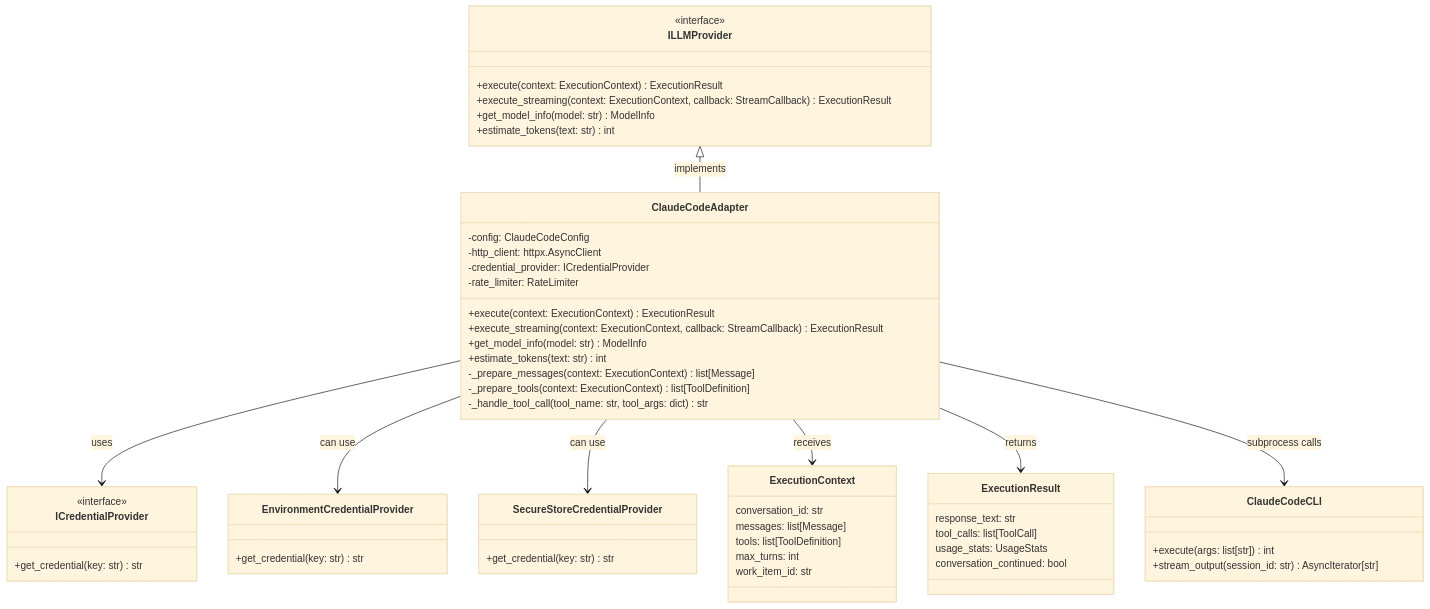
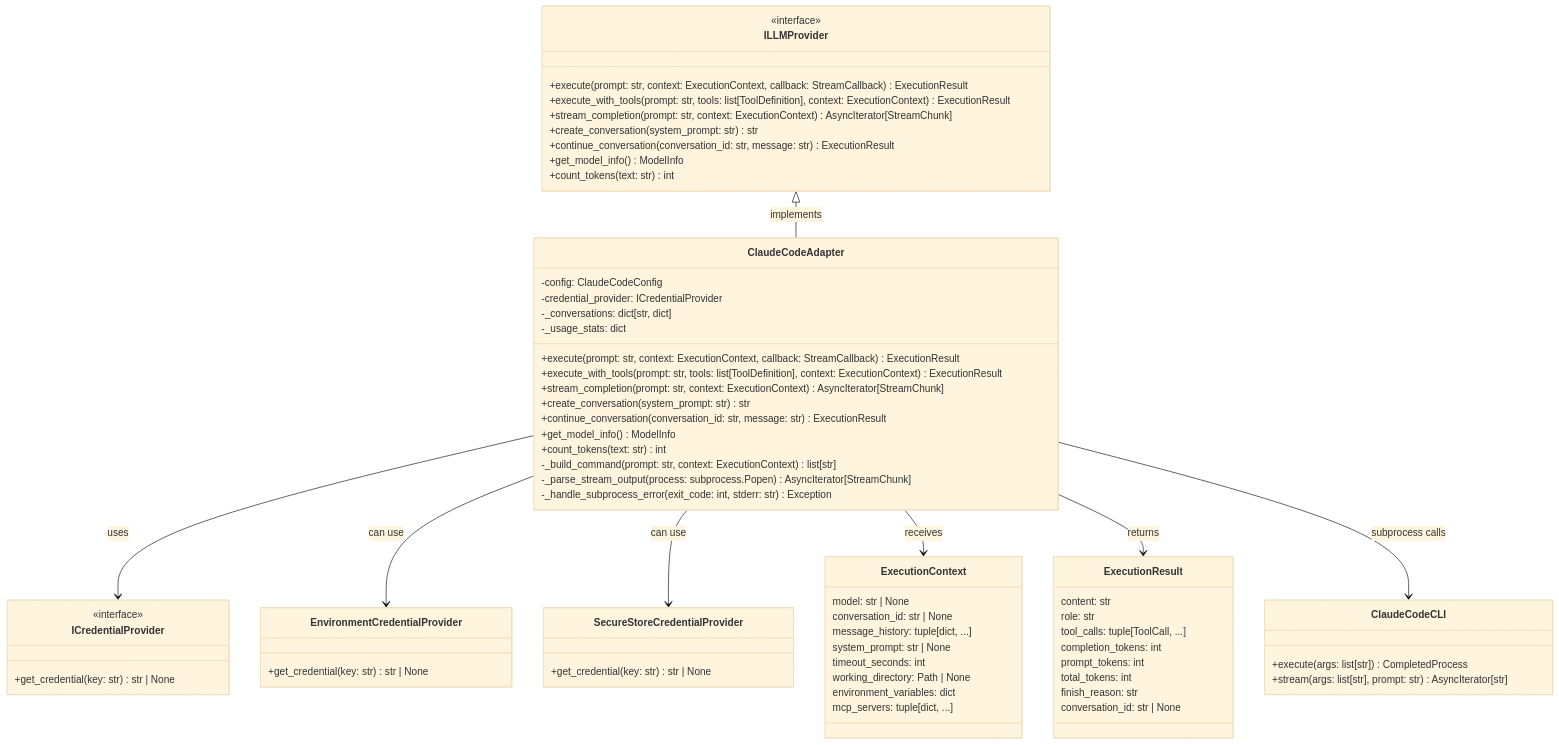
The diagram in documentation/architecture/adapters/production/claude-code-adapter.md (tinkermonkey/codetoreum), drawn with Mermaid (base theme) before and after one commit. The commit also changed other lines of this file, not shown here.

First line of the commit message:
Fix ClaudeCodeAdapter documentation accuracy: CLI-based implementation details

````diff
--- a/documentation/architecture/adapters/production/claude-code-adapter.md
+++ b/documentation/architecture/adapters/production/claude-code-adapter.md
@@ -355,65 +367,78 @@
 ```mermaid
 classDiagram
     class ILLMProvider {
         <<interface>>
-        +execute(context: ExecutionContext) ExecutionResult
-        +execute_streaming(context: ExecutionContext, callback: StreamCallback) ExecutionResult
-        +get_model_info(model: str) ModelInfo
-        +estimate_tokens(text: str) int
+        +execute(prompt: str, context: ExecutionContext, callback: StreamCallback) ExecutionResult
+        +execute_with_tools(prompt: str, tools: list[ToolDefinition], context: ExecutionContext) ExecutionResult
+        +stream_completion(prompt: str, context: ExecutionContext) AsyncIterator[StreamChunk]
+        +create_conversation(system_prompt: str) str
+        +continue_conversation(conversation_id: str, message: str) ExecutionResult
+        +get_model_info() ModelInfo
+        +count_tokens(text: str) int
     }
     
     class ClaudeCodeAdapter {
         -config: ClaudeCodeConfig
-        -http_client: httpx.AsyncClient
         -credential_provider: ICredentialProvider
-        -rate_limiter: RateLimiter
-        +execute(context: ExecutionContext) ExecutionResult
-        +execute_streaming(context: ExecutionContext, callback: StreamCallback) ExecutionResult
-        +get_model_info(model: str) ModelInfo
-        +estimate_tokens(text: str) int
-        -_prepare_messages(context: ExecutionContext) list[Message]
-        -_prepare_tools(context: ExecutionContext) list[ToolDefinition]
-        -_handle_tool_call(tool_name: str, tool_args: dict) str
+        -_conversations: dict[str, dict]
+        -_usage_stats: dict
+        +execute(prompt: str, context: ExecutionContext, callback: StreamCallback) ExecutionResult
+        +execute_with_tools(prompt: str, tools: list[ToolDefinition], context: ExecutionContext) ExecutionResult
+        +stream_completion(prompt: str, context: ExecutionContext) AsyncIterator[StreamChunk]
+        +create_conversation(system_prompt: str) str
+        +continue_conversation(conversation_id: str, message: str) ExecutionResult
+        +get_model_info() ModelInfo
+        +count_tokens(text: str) int
+        -_build_command(prompt: str, context: ExecutionContext) list[str]
+        -_parse_stream_output(process: subprocess.Popen) AsyncIterator[StreamChunk]
+        -_handle_subprocess_error(exit_code: int, stderr: str) Exception
     }
     
     class ICredentialProvider {
         <<interface>>
-        +get_credential(key: str) str
+        +get_credential(key: str) str | None
     }
     
     class EnvironmentCredentialProvider {
-        +get_credential(key: str) str
+        +get_credential(key: str) str | None
     }
     
     class SecureStoreCredentialProvider {
-        +get_credential(key: str) str
+        +get_credential(key: str) str | None
     }
     
     class ExecutionContext {
-        conversation_id: str
-        messages: list[Message]
-        tools: list[ToolDefinition]
-        max_turns: int
-        work_item_id: str
+        model: str | None
+        conversation_id: str | None
+        message_history: tuple[dict, ...]
+        system_prompt: str | None
+        timeout_seconds: int
+        working_directory: Path | None
+        environment_variables: dict
+        mcp_servers: tuple[dict, ...]
     }
     
     class ExecutionResult {
-        response_text: str
-        tool_calls: list[ToolCall]
-        usage_stats: UsageStats
-        conversation_continued: bool
+        content: str
+        role: str
+        tool_calls: tuple[ToolCall, ...]
+        completion_tokens: int
+        prompt_tokens: int
+        total_tokens: int
+        finish_reason: str
+        conversation_id: str | None
     }
     
     class ClaudeCodeCLI {
-        +execute(args: list[str]) int
-        +stream_output(session_id: str) AsyncIterator[str]
+        +execute(args: list[str]) CompletedProcess
+        +stream(args: list[str], prompt: str) AsyncIterator[str]
     }
     
     ILLMProvider <|-- ClaudeCodeAdapter: implements
     ClaudeCodeAdapter --> ICredentialProvider: uses
     ClaudeCodeAdapter --> EnvironmentCredentialProvider: can use
     ClaudeCodeAdapter --> SecureStoreCredentialProvider: can use
     ClaudeCodeAdapter --> ExecutionContext: receives
     ClaudeCodeAdapter --> ExecutionResult: returns
     ClaudeCodeAdapter --> ClaudeCodeCLI: subprocess calls
 ```
````
